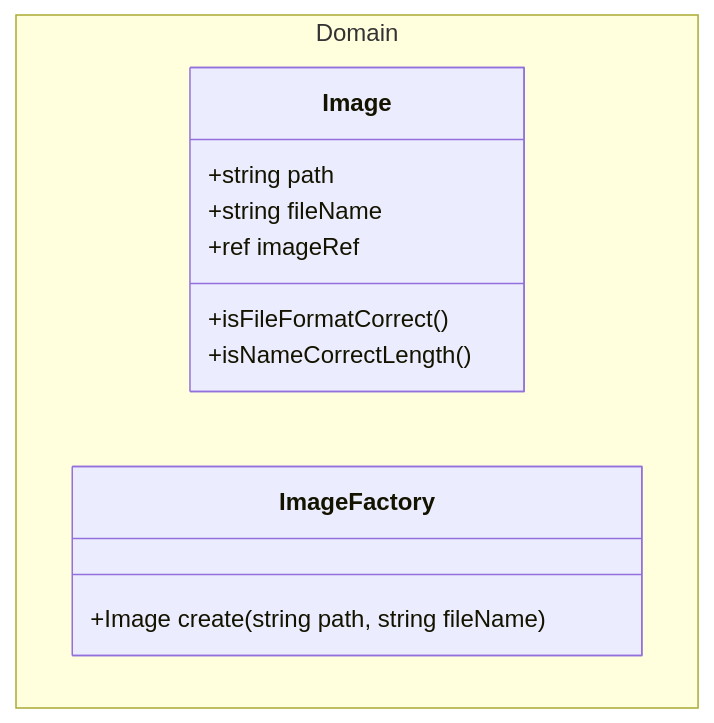
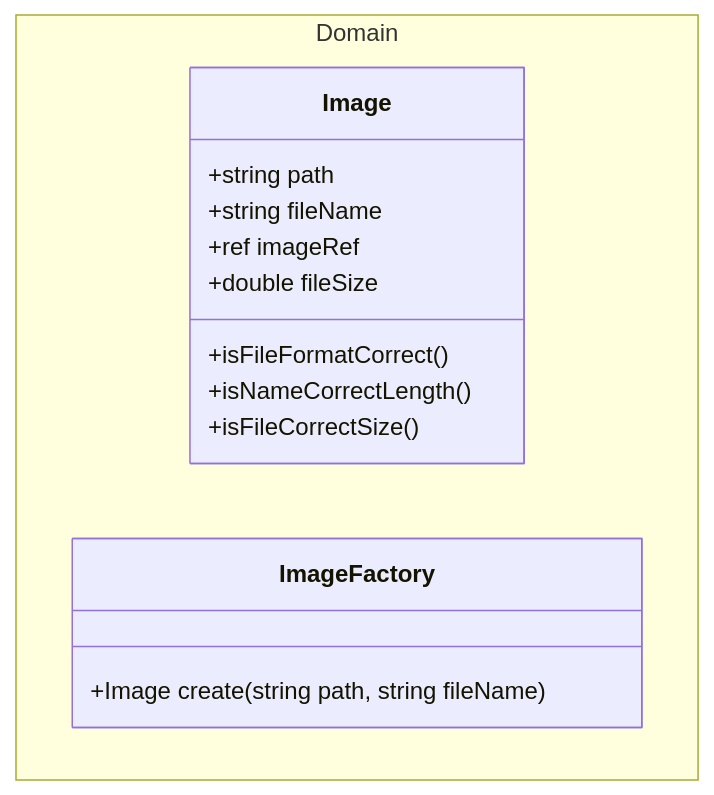
The diagram in docs/classes-test.md (Lenninssp/Cannin-Tickets), drawn with Mermaid before and after one commit. The commit also changed 2 other files, not shown here.

Commit message:
use case to read file working

````diff
--- a/docs/classes-test.md
+++ b/docs/classes-test.md
@@ -1,18 +1,20 @@
 ```mermaid
 classDiagram
   direction TB
   namespace Domain {
     class Image {
       +string path
       +string fileName
       +ref imageRef
+      +double fileSize
 
       +isFileFormatCorrect()
       +isNameCorrectLength()
+      +isFileCorrectSize()
     }
     class ImageFactory {
       +Image create(string path, string fileName)
     }
   }
 
 ```
````
